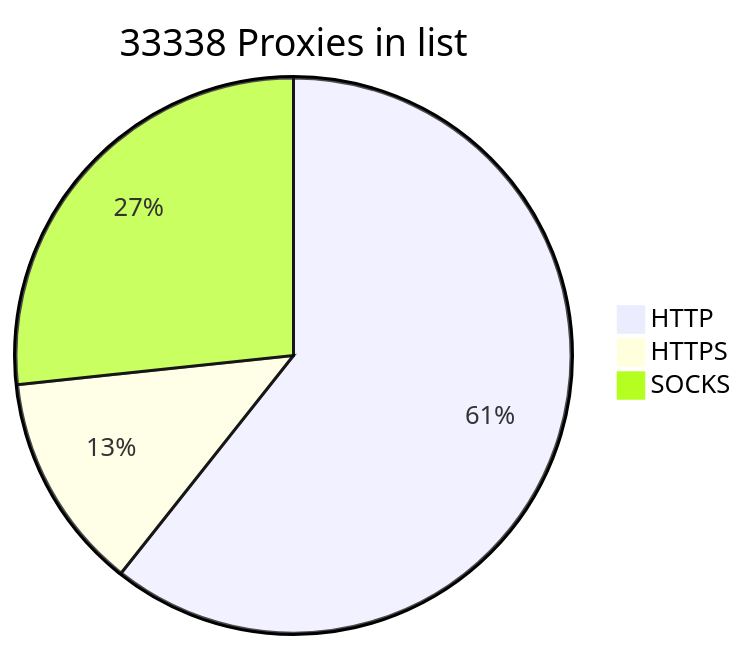
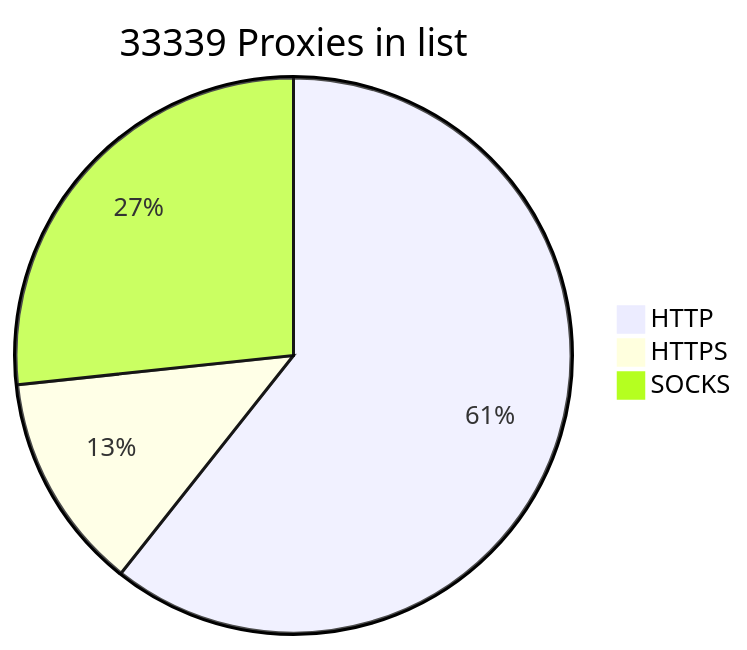
The diagram in README.md (BlackSnowDot/proxylist-update-every-minute), drawn with Mermaid before and after one commit.

````diff
--- a/README.md
+++ b/README.md
@@ -2,6 +2,6 @@
 ```mermaid
-pie title 33338 Proxies in list
+pie title 33339 Proxies in list
     "HTTP" : 22384
     "HTTPS": 4672
-    "SOCKS" : 9844
+    "SOCKS" : 9845
 ```
````
